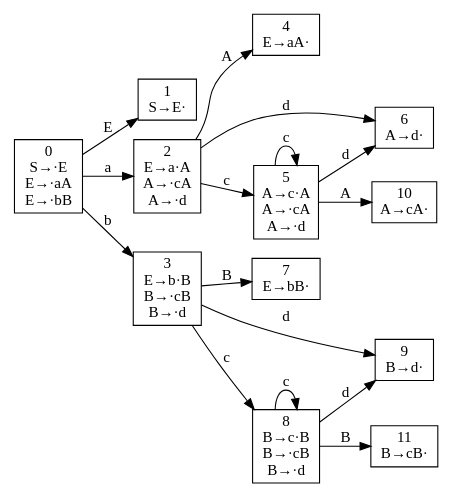
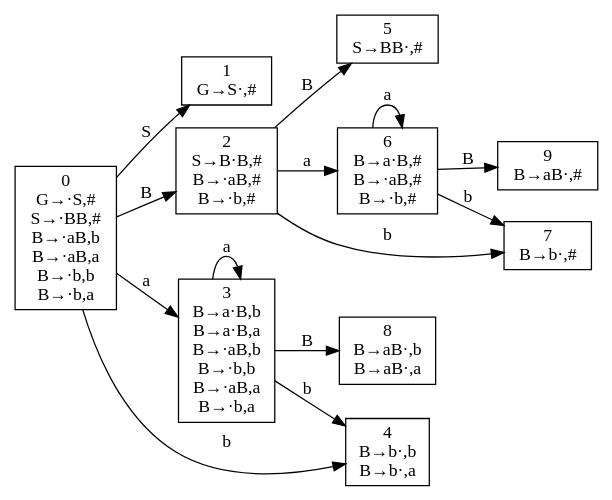
One commit to 1918190/2021_Compilation_Principle changed the diagram in dfa.gv. Above: the diagram before and after it, drawn with Graphviz. The commit also changed 4 other files, not shown here.

```diff
--- a/dfa.gv
+++ b/dfa.gv
@@ -1,121 +1,135 @@
 digraph "deterministic finite automaton" {
 	rankdir=LR size="8,5"
 	node [shape=rectangle]
 	"0
-S→·E
-E→·aA
-E→·bB
+G→·S,#
+S→·BB,#
+B→·aB,b
+B→·aB,a
+B→·b,b
+B→·b,a
 " -> "1
-S→E·
-" [label=E]
+G→S·,#
+" [label=S]
 	"0
-S→·E
-E→·aA
-E→·bB
+G→·S,#
+S→·BB,#
+B→·aB,b
+B→·aB,a
+B→·b,b
+B→·b,a
 " -> "2
-E→a·A
-A→·cA
-A→·d
+S→B·B,#
+B→·aB,#
+B→·b,#
+" [label=B]
+	"0
+G→·S,#
+S→·BB,#
+B→·aB,b
+B→·aB,a
+B→·b,b
+B→·b,a
+" -> "3
+B→a·B,b
+B→a·B,a
+B→·aB,b
+B→·b,b
+B→·aB,a
+B→·b,a
 " [label=a]
 	"0
-S→·E
-E→·aA
-E→·bB
-" -> "3
-E→b·B
-B→·cB
-B→·d
+G→·S,#
+S→·BB,#
+B→·aB,b
+B→·aB,a
+B→·b,b
+B→·b,a
+" -> "4
+B→b·,b
+B→b·,a
 " [label=b]
 	"2
-E→a·A
-A→·cA
-A→·d
-" -> "4
-E→aA·
-" [label=A]
+S→B·B,#
+B→·aB,#
+B→·b,#
+" -> "5
+S→BB·,#
+" [label=B]
 	"2
-E→a·A
-A→·cA
-A→·d
-" -> "5
-A→c·A
-A→·cA
-A→·d
-" [label=c]
+S→B·B,#
+B→·aB,#
+B→·b,#
+" -> "6
+B→a·B,#
+B→·aB,#
+B→·b,#
+" [label=a]
 	"2
-E→a·A
-A→·cA
-A→·d
-" -> "6
-A→d·
-" [label=d]
+S→B·B,#
+B→·aB,#
+B→·b,#
+" -> "7
+B→b·,#
+" [label=b]
 	"3
-E→b·B
-B→·cB
-B→·d
-" -> "7
-E→bB·
+B→a·B,b
+B→a·B,a
+B→·aB,b
+B→·b,b
+B→·aB,a
+B→·b,a
+" -> "8
+B→aB·,b
+B→aB·,a
 " [label=B]
 	"3
-E→b·B
-B→·cB
-B→·d
-" -> "8
-B→c·B
-B→·cB
-B→·d
-" [label=c]
+B→a·B,b
+B→a·B,a
+B→·aB,b
+B→·b,b
+B→·aB,a
+B→·b,a
+" -> "3
+B→a·B,b
+B→a·B,a
+B→·aB,b
+B→·b,b
+B→·aB,a
+B→·b,a
+" [label=a]
 	"3
-E→b·B
-B→·cB
-B→·d
+B→a·B,b
+B→a·B,a
+B→·aB,b
+B→·b,b
+B→·aB,a
+B→·b,a
+" -> "4
+B→b·,b
+B→b·,a
+" [label=b]
+	"6
+B→a·B,#
+B→·aB,#
+B→·b,#
 " -> "9
-B→d·
-" [label=d]
-	"5
-A→c·A
-A→·cA
-A→·d
-" -> "10
-A→cA·
-" [label=A]
-	"5
-A→c·A
-A→·cA
-A→·d
-" -> "5
-A→c·A
-A→·cA
-A→·d
-" [label=c]
-	"5
-A→c·A
-A→·cA
-A→·d
+B→aB·,#
+" [label=B]
+	"6
+B→a·B,#
+B→·aB,#
+B→·b,#
 " -> "6
-A→d·
-" [label=d]
-	"8
-B→c·B
-B→·cB
-B→·d
-" -> "11
-B→cB·
-" [label=B]
-	"8
-B→c·B
-B→·cB
-B→·d
-" -> "8
-B→c·B
-B→·cB
-B→·d
-" [label=c]
-	"8
-B→c·B
-B→·cB
-B→·d
-" -> "9
-B→d·
-" [label=d]
+B→a·B,#
+B→·aB,#
+B→·b,#
+" [label=a]
+	"6
+B→a·B,#
+B→·aB,#
+B→·b,#
+" -> "7
+B→b·,#
+" [label=b]
 }
```
